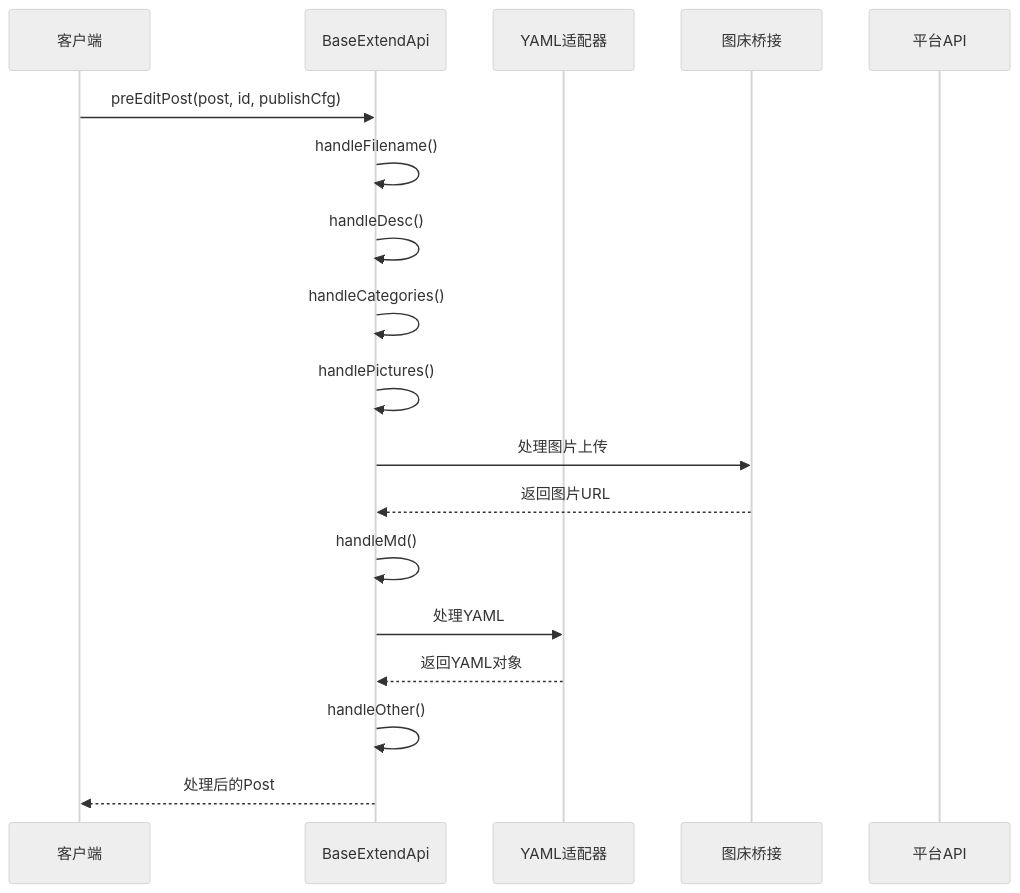
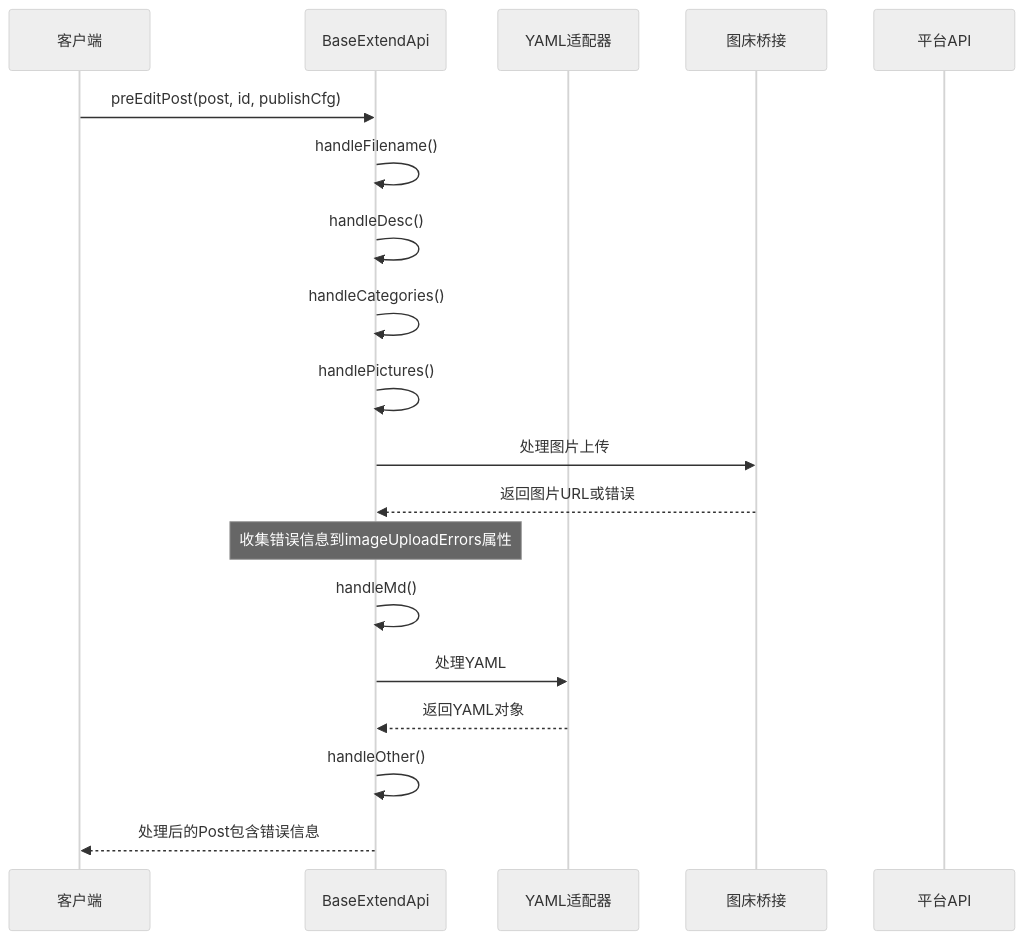
The third of 8 diagrams in .qoder/repowiki/zh/content/核心架构/适配器模式设计/BaseExtendApi基类设计.md (terwer/siyuan-plugin-publisher), drawn with Mermaid (neutral theme) before and after one commit. The commit also changed other lines of this file and 5 other files, not shown here.

````diff
--- a/.qoder/repowiki/zh/content/核心架构/适配器模式设计/BaseExtendApi基类设计.md
+++ b/.qoder/repowiki/zh/content/核心架构/适配器模式设计/BaseExtendApi基类设计.md
@@ -154,20 +166,21 @@
 ```mermaid
 sequenceDiagram
 participant Client as 客户端
 participant BaseExtendApi as BaseExtendApi
 participant YamlAdaptor as YAML适配器
 participant PicgoBridge as 图床桥接
 participant PlatformApi as 平台API
 Client->>BaseExtendApi : preEditPost(post, id, publishCfg)
 BaseExtendApi->>BaseExtendApi : handleFilename()
 BaseExtendApi->>BaseExtendApi : handleDesc()
 BaseExtendApi->>BaseExtendApi : handleCategories()
 BaseExtendApi->>BaseExtendApi : handlePictures()
 BaseExtendApi->>PicgoBridge : 处理图片上传
-PicgoBridge-->>BaseExtendApi : 返回图片URL
+PicgoBridge-->>BaseExtendApi : 返回图片URL或错误
+Note over BaseExtendApi : 收集错误信息到imageUploadErrors属性
 BaseExtendApi->>BaseExtendApi : handleMd()
 BaseExtendApi->>YamlAdaptor : 处理YAML
 YamlAdaptor-->>BaseExtendApi : 返回YAML对象
 BaseExtendApi->>BaseExtendApi : handleOther()
-BaseExtendApi-->>Client : 处理后的Post
+BaseExtendApi-->>Client : 处理后的Post包含错误信息
 ```
````
